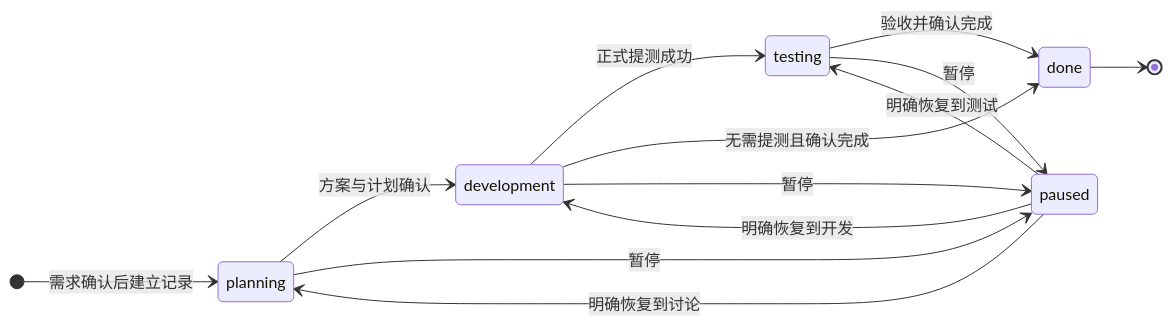
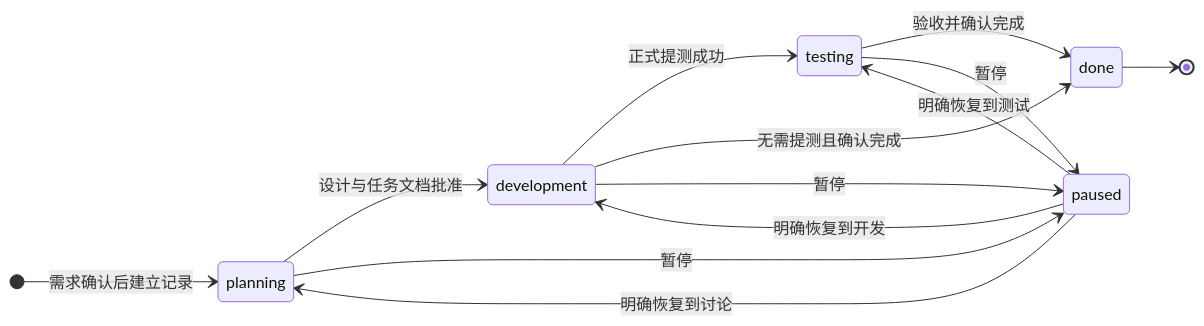
The third of 5 diagrams in docs/architecture.md (sandy-hmb/agent-workbench), drawn with Mermaid before and after one commit. The commit also changed other lines of this file and 9 other files, not shown here.

````diff
--- a/docs/architecture.md
+++ b/docs/architecture.md
@@ -134,16 +135,16 @@
 ```mermaid
 stateDiagram-v2
     direction LR
     [*] --> planning: 需求确认后建立记录
-    planning --> development: 方案与计划确认
+    planning --> development: 设计与任务文档批准
     development --> testing: 正式提测成功
     testing --> done: 验收并确认完成
     development --> done: 无需提测且确认完成
     planning --> paused: 暂停
     development --> paused: 暂停
     testing --> paused: 暂停
     paused --> planning: 明确恢复到讨论
     paused --> development: 明确恢复到开发
     paused --> testing: 明确恢复到测试
     done --> [*]
 ```
````
